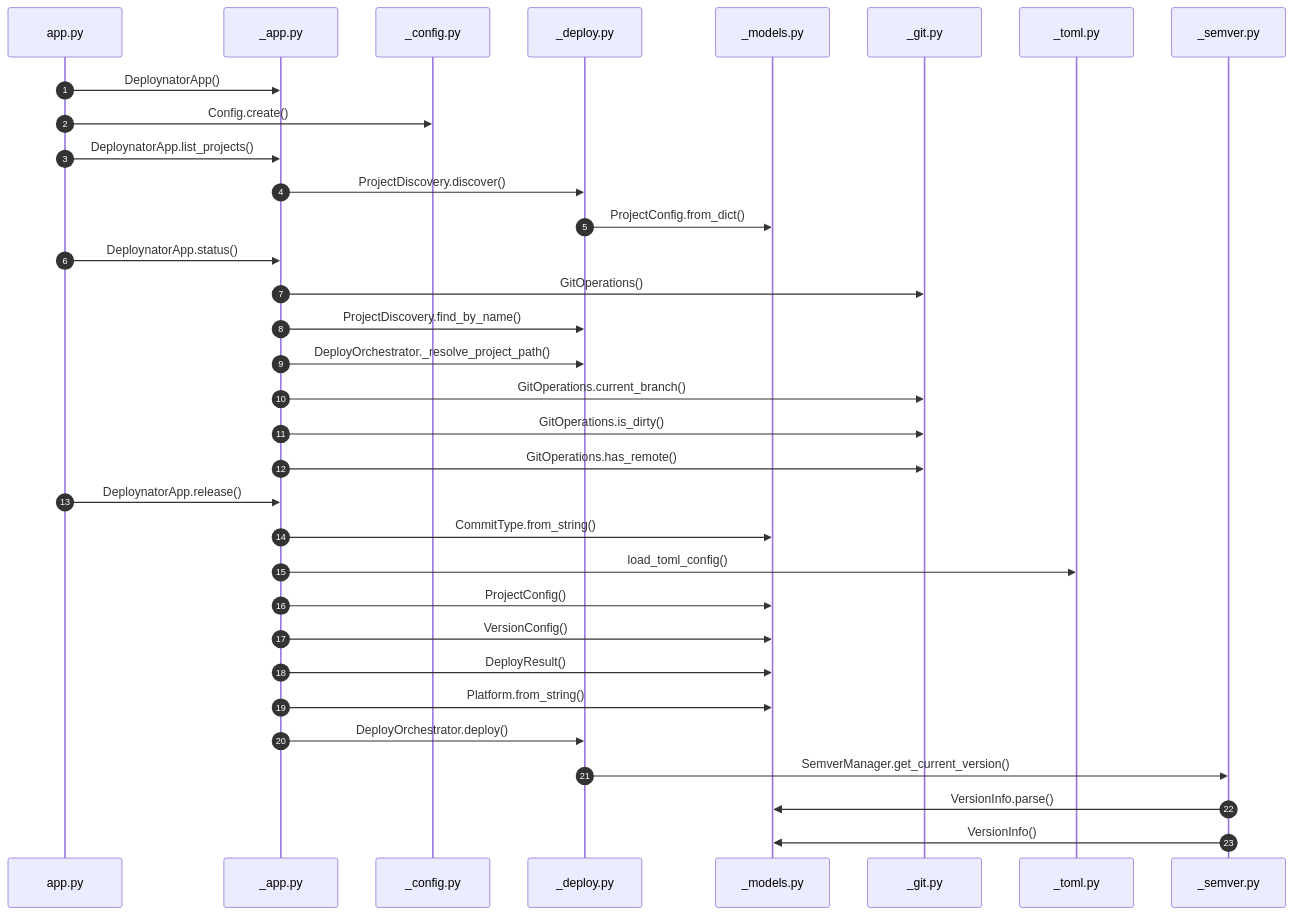
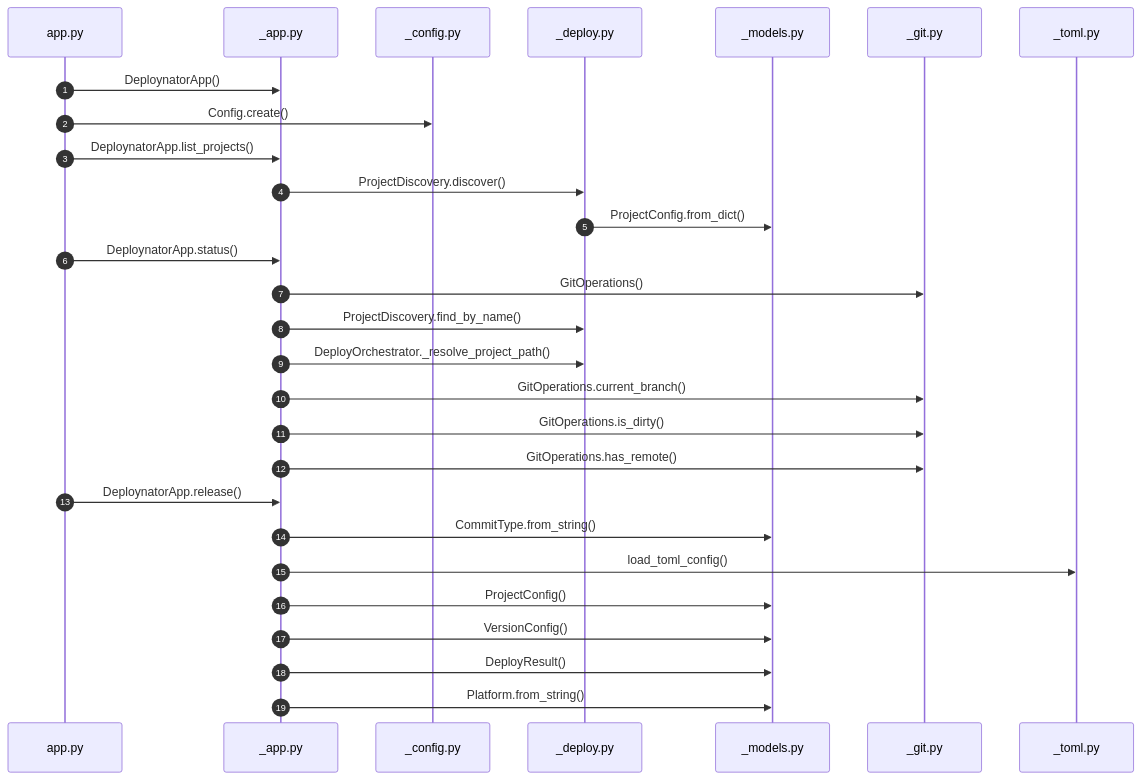
One commit to grisuno/deploynator changed the fourth of 9 diagrams in readmenator-apidocs/architecture.md. Above: the diagram before and after it, drawn with Mermaid. The commit also changed other lines of this file and 82 other files, not shown here.

````diff
--- a/readmenator-apidocs/architecture.md
+++ b/readmenator-apidocs/architecture.md
@@ -157,35 +157,30 @@
 ```mermaid
 sequenceDiagram
     autonumber
     participant p_app_py as app.py
     participant p_deploynator__app_py as _app.py
     participant p_deploynator__config_py as _config.py
     participant p_deploynator__deploy_py as _deploy.py
     participant p_deploynator__models_py as _models.py
     participant p_deploynator__git_py as _git.py
     participant p_deploynator__toml_py as _toml.py
-    participant p_deploynator__semver_py as _semver.py
     p_app_py->>p_deploynator__app_py: DeploynatorApp()
     p_app_py->>p_deploynator__config_py: Config.create()
     p_app_py->>p_deploynator__app_py: DeploynatorApp.list_projects()
     p_deploynator__app_py->>p_deploynator__deploy_py: ProjectDiscovery.discover()
     p_deploynator__deploy_py->>p_deploynator__models_py: ProjectConfig.from_dict()
     p_app_py->>p_deploynator__app_py: DeploynatorApp.status()
     p_deploynator__app_py->>p_deploynator__git_py: GitOperations()
     p_deploynator__app_py->>p_deploynator__deploy_py: ProjectDiscovery.find_by_name()
     p_deploynator__app_py->>p_deploynator__deploy_py: DeployOrchestrator._resolve_project_path()
     p_deploynator__app_py->>p_deploynator__git_py: GitOperations.current_branch()
     p_deploynator__app_py->>p_deploynator__git_py: GitOperations.is_dirty()
     p_deploynator__app_py->>p_deploynator__git_py: GitOperations.has_remote()
     p_app_py->>p_deploynator__app_py: DeploynatorApp.release()
     p_deploynator__app_py->>p_deploynator__models_py: CommitType.from_string()
     p_deploynator__app_py->>p_deploynator__toml_py: load_toml_config()
     p_deploynator__app_py->>p_deploynator__models_py: ProjectConfig()
     p_deploynator__app_py->>p_deploynator__models_py: VersionConfig()
     p_deploynator__app_py->>p_deploynator__models_py: DeployResult()
     p_deploynator__app_py->>p_deploynator__models_py: Platform.from_string()
-    p_deploynator__app_py->>p_deploynator__deploy_py: DeployOrchestrator.deploy()
-    p_deploynator__deploy_py->>p_deploynator__semver_py: SemverManager.get_current_version()
-    p_deploynator__semver_py->>p_deploynator__models_py: VersionInfo.parse()
-    p_deploynator__semver_py->>p_deploynator__models_py: VersionInfo()
 ```
````
